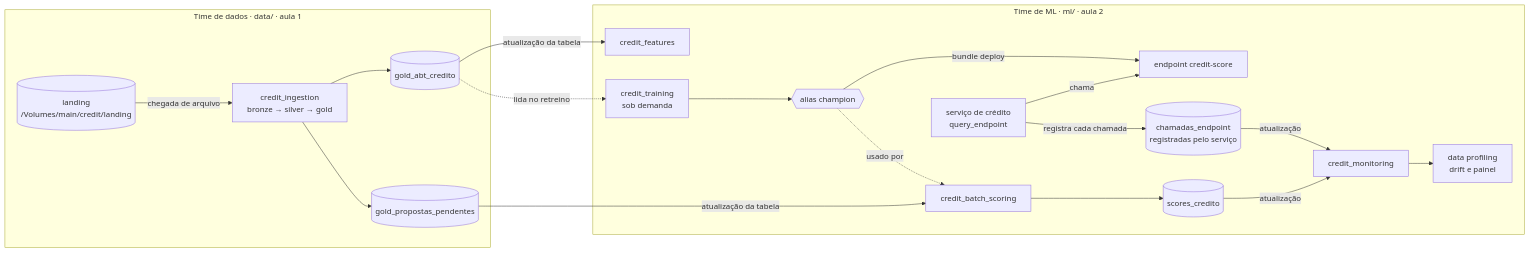
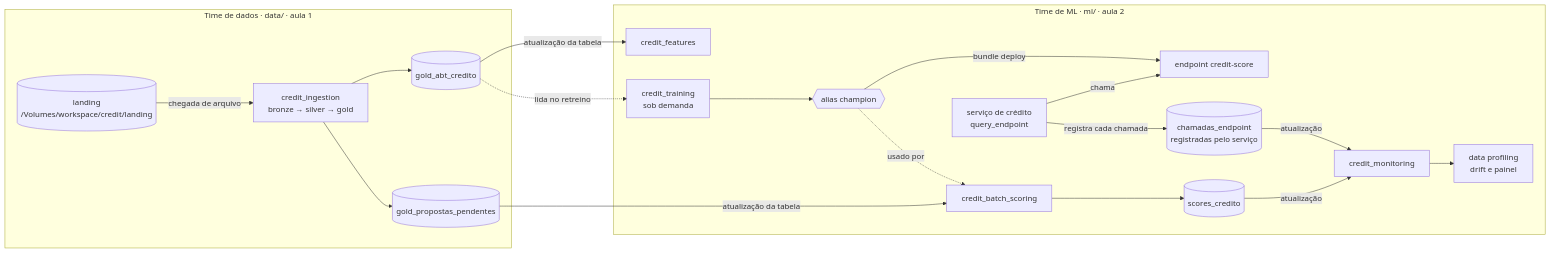
The first of 3 diagrams in README.md (arthurantunesribeiro/engenharia-e-mlops-ds-accelerator), drawn with Mermaid before and after one commit. The commit also changed other lines of this file and 32 other files, not shown here.

````diff
--- a/README.md
+++ b/README.md
@@ -91,38 +91,38 @@
 ```mermaid
 flowchart LR
     subgraph DATA["Time de dados · data/ · aula 1"]
-        landing[("landing<br/>/Volumes/main/credit/landing")]
+        landing[("landing<br/>/Volumes/workspace/credit/landing")]
         ingestion["credit_ingestion<br/>bronze → silver → gold"]
         abt[("gold_abt_credito")]
         pending[("gold_propostas_pendentes")]
         landing -- "chegada de arquivo" --> ingestion
         ingestion --> abt
         ingestion --> pending
     end
 
     subgraph ML["Time de ML · ml/ · aula 2"]
         features["credit_features"]
         training["credit_training<br/>sob demanda"]
         champion{{"alias champion"}}
         endpoint["endpoint credit-score"]
         scoring["credit_batch_scoring"]
         service["serviço de crédito<br/>query_endpoint"]
         calls[("chamadas_endpoint<br/>registradas pelo serviço")]
         scores[("scores_credito")]
         monitoring["credit_monitoring"]
         profiling["data profiling<br/>drift e painel"]
         training --> champion
         champion -- "bundle deploy" --> endpoint
         champion -. "usado por" .-> scoring
         service -- "chama" --> endpoint
         service -- "registra cada chamada" --> calls
         scoring --> scores
         calls -- "atualização" --> monitoring
         scores -- "atualização" --> monitoring
         monitoring --> profiling
     end
 
     abt -- "atualização da tabela" --> features
     abt -. "lida no retreino" .-> training
     pending -- "atualização da tabela" --> scoring
 ```
````
